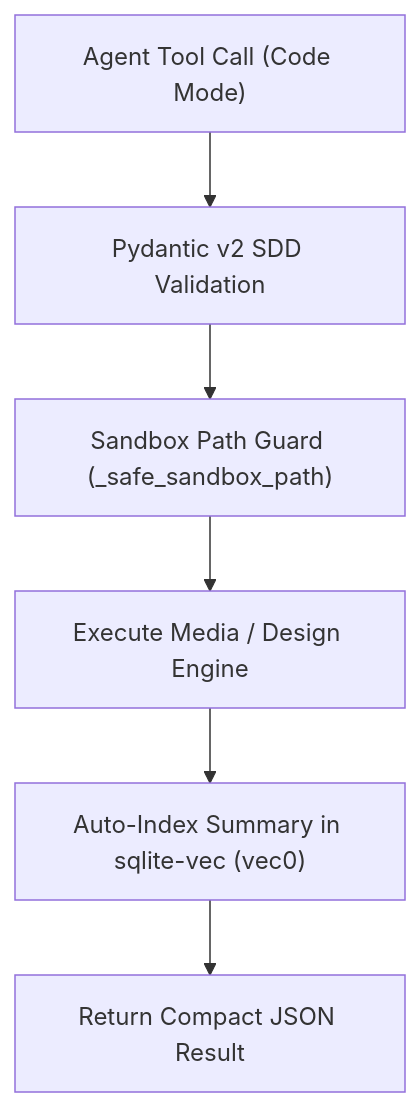
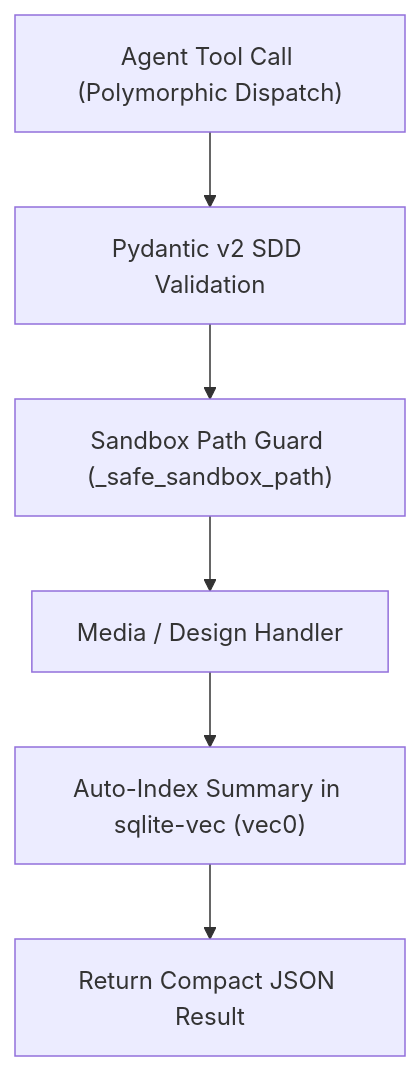
The second of 2 diagrams in README.md (ancrz/studio-forge-mcp), drawn with Mermaid before and after one commit. The commit also changed other lines of this file, not shown here.

Commit message:
docs: clarify Code Mode status, MCP ecosystem install, and dev workflow in README

````diff
--- a/README.md
+++ b/README.md
@@ -38,8 +43,8 @@
 ```mermaid
 flowchart TD
-    REQ["Agent Tool Call (Code Mode)"] --> SDD["Pydantic v2 SDD Validation"]
+    REQ["Agent Tool Call (Polymorphic Dispatch)"] --> SDD["Pydantic v2 SDD Validation"]
     SDD --> GUARD["Sandbox Path Guard (_safe_sandbox_path)"]
-    GUARD --> EXEC["Execute Media / Design Engine"]
+    GUARD --> EXEC["Media / Design Handler"]
     EXEC --> IDX["Auto-Index Summary in sqlite-vec (vec0)"]
     IDX --> COMPACT["Return Compact JSON Result"]
 ```
````
